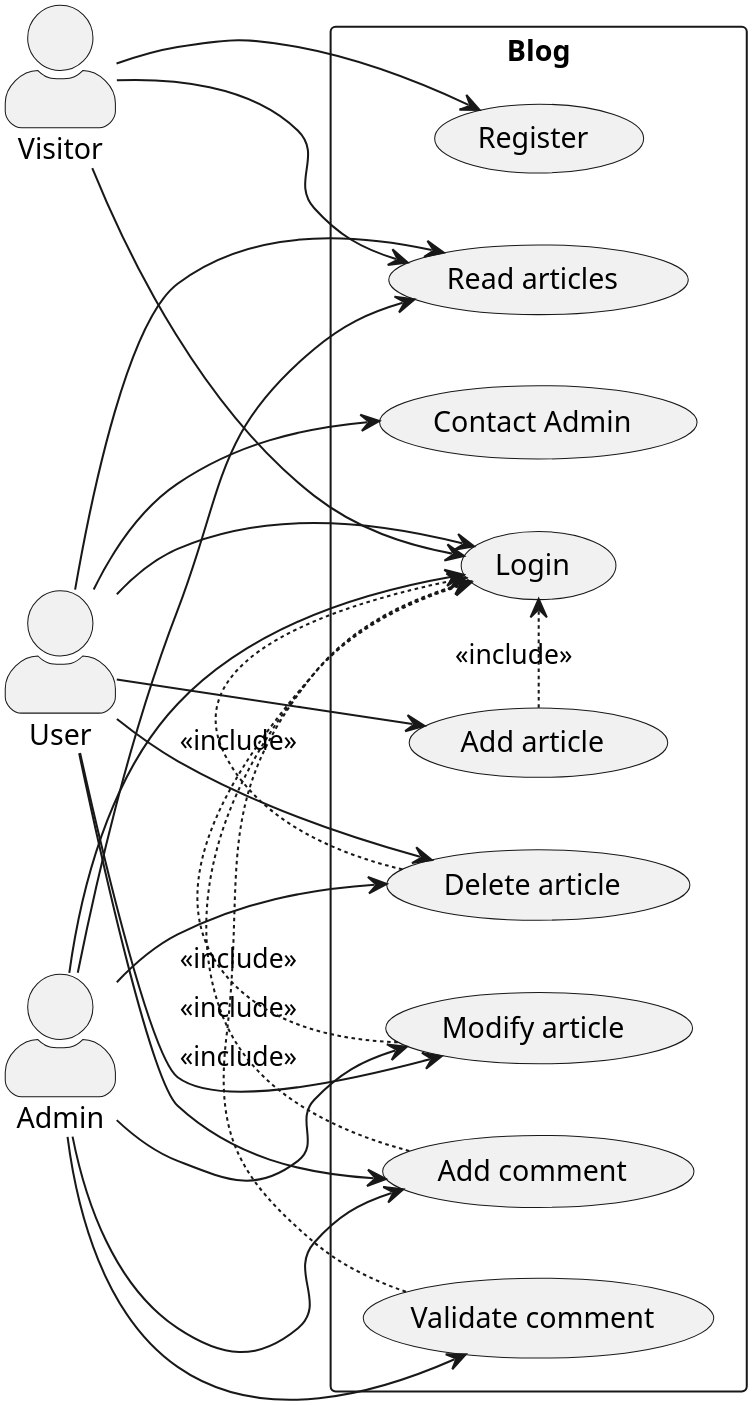
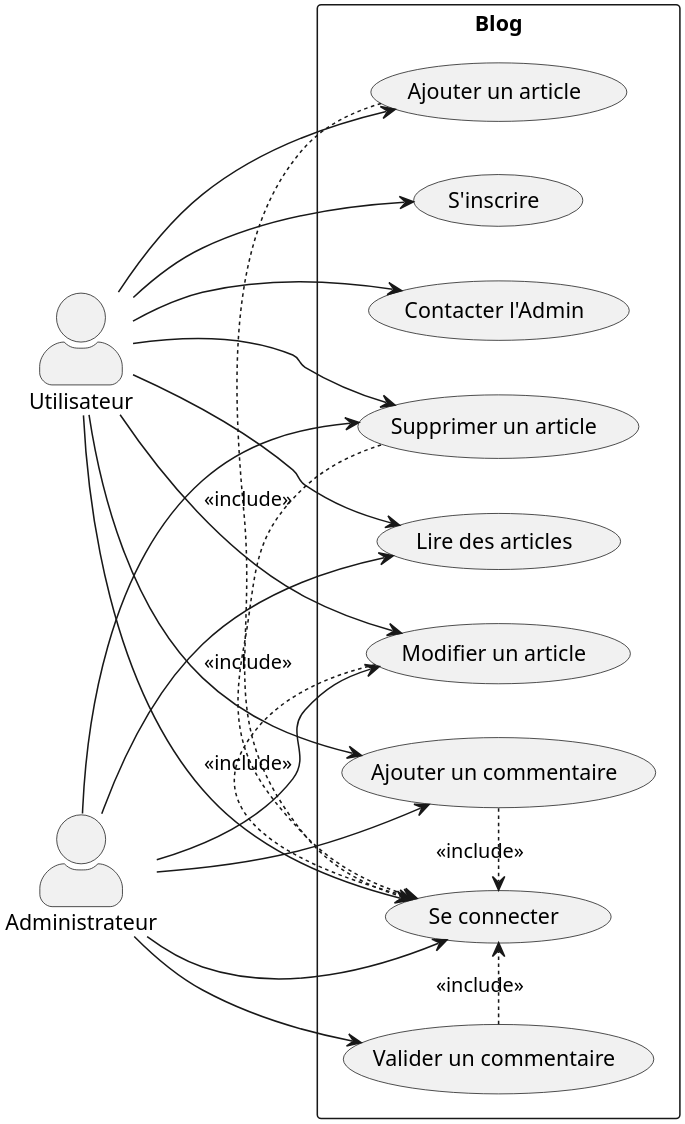
The diagram in schémas/cas utilisation/cas_utilisation.puml (Waarrez/Blog-PHP-Projet-Openclassrooms), drawn with PlantUML before and after one commit. The commit also changed 34 other files, not shown here.

```diff
--- a/schémas/cas utilisation/cas_utilisation.puml
+++ b/schémas/cas utilisation/cas_utilisation.puml
@@ -1,52 +1,44 @@
 @startuml
 
 left to right direction
 skinparam actorStyle awesome
-scale 2000 width
+scale 3
 
-actor "Visitor" as Visitor
-actor "User" as User
-actor "Admin" as Admin
+actor "Utilisateur" as User
+actor "Administrateur" as Admin
 
 rectangle Blog {
-    usecase "Read articles" as U1
-    usecase "Register" as U2
-    usecase "Login" as U3
-    usecase "Add comment" as U4
-    usecase "Validate comment" as U7
-    usecase "Contact Admin" as U8
-    usecase "Add article" as U5
-    usecase "Modify article" as U6
-    usecase "Delete article" as U9
+    usecase "Lire des articles" as U1
+    usecase "S'inscrire" as U2
+    usecase "Se connecter" as U3
+    usecase "Ajouter un commentaire" as U4
+    usecase "Valider un commentaire" as U7
+    usecase "Contacter l'Admin" as U8
+    usecase "Ajouter un article" as U5
+    usecase "Modifier un article" as U6
+    usecase "Supprimer un article" as U9
 }
 
-Visitor --> U1
-Visitor --> U2
-Visitor --> U3
+User -down-> U1
+User -down-> U2
+User -down-> U3
+User -down-> U4
+User -down-> U5
+User -down-> U6
+User -down-> U8
+User -down-> U9
 
-User --> U1
-User --> U3
-User --> U4
-User --> U5
-User --> U6
-User --> U8
-User --> U9
+Admin -down-> U1
+Admin -down-> U3
+Admin -down-> U4
+Admin -down-> U6
+Admin -down-> U7
+Admin -down-> U9
 
-Admin --> U1
-Admin --> U3
-Admin --> U4
-Admin --> U6
-Admin --> U7
-Admin --> U9
-
-U4 .> U3 : << include >>
-
-U7 .> U3 : << include >>
-
-U5 .> U3 : << include >>
-
-U6 .> U3 : << include >>
-
-U9 .> U3 : << include >>
+U4 .> U3 : <<include>>
+U5 .> U3 : <<include>>
+U6 .> U3 : <<include>>
+U7 .> U3 : <<include>>
+U9 .> U3 : <<include>>
 
 @enduml
```
